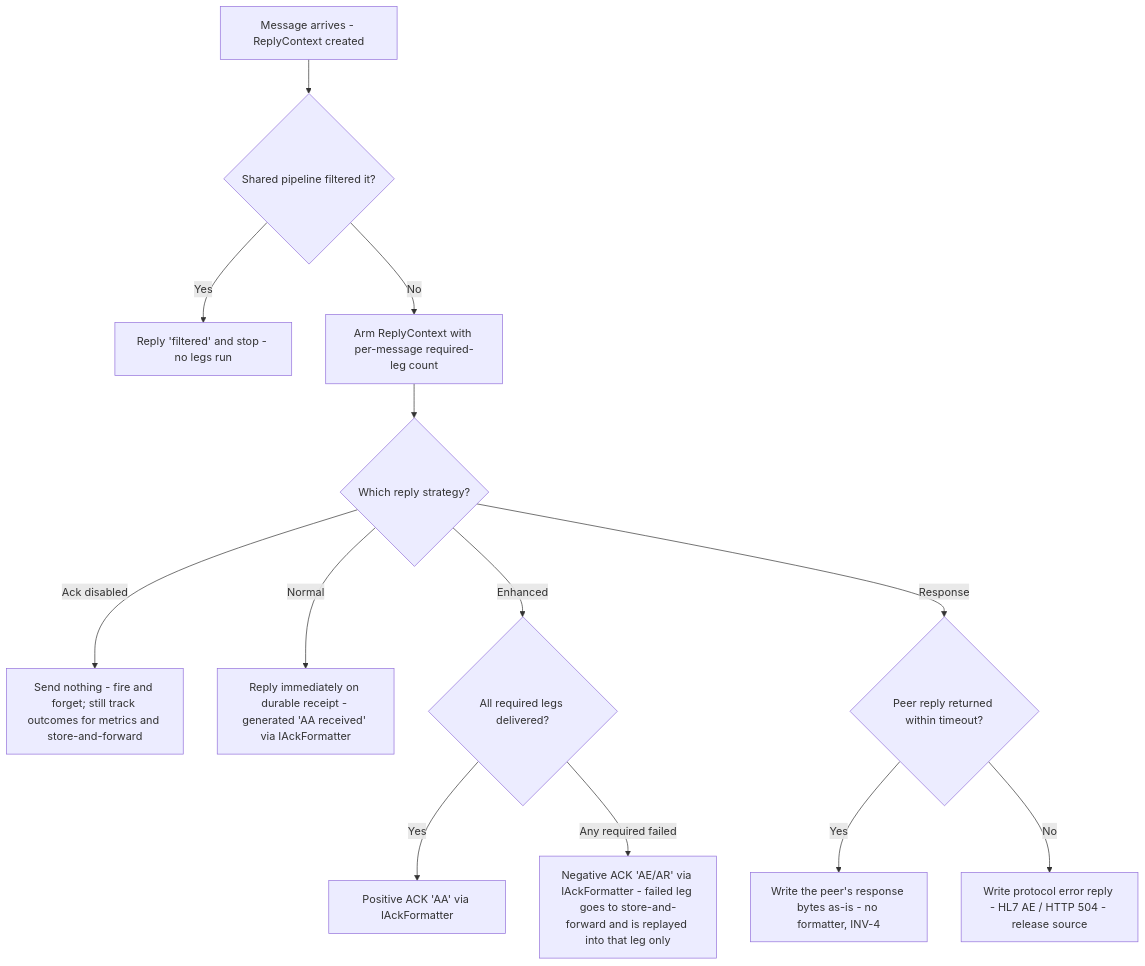
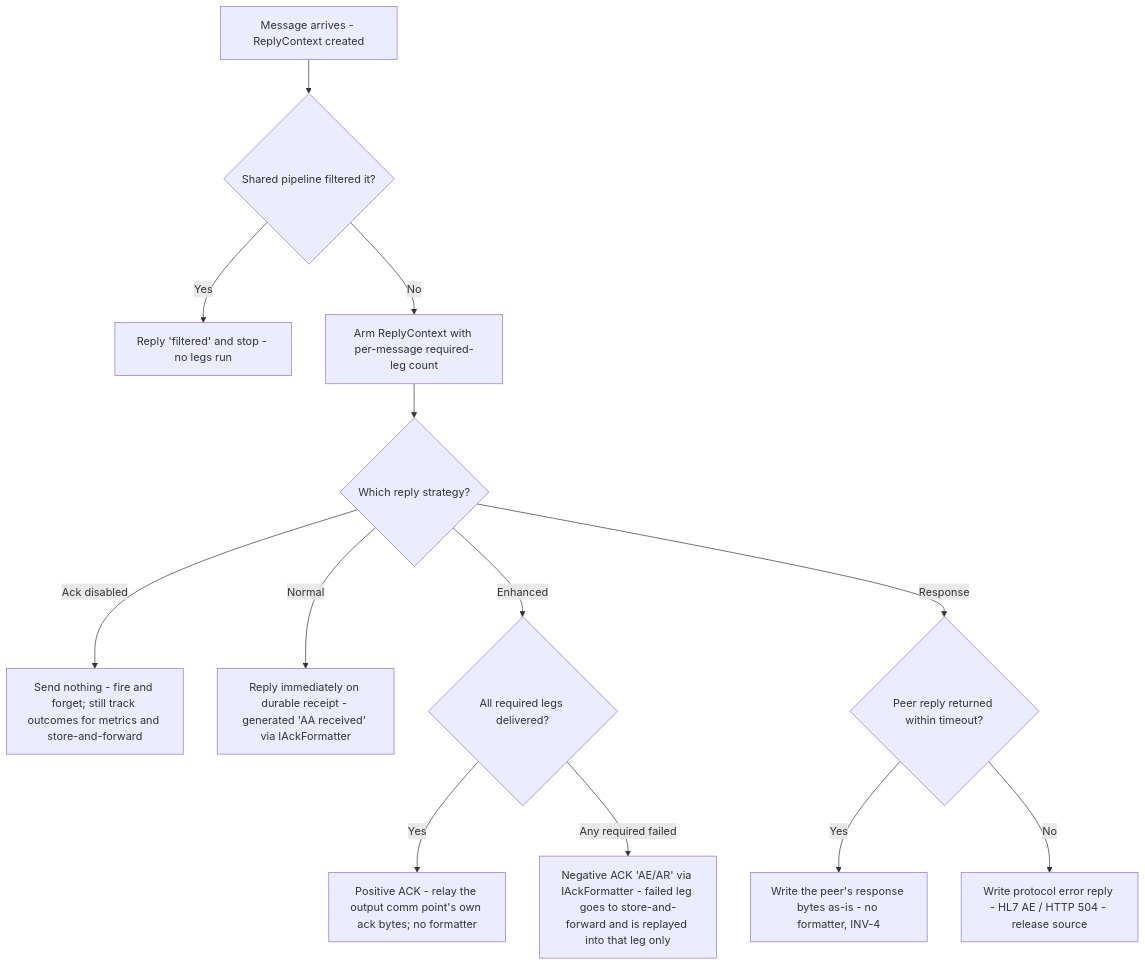
Before and after one commit to vaibhavSrivastava-philips/IBE_IBEAgent: the tenth of 12 diagrams in docs/architecture/Refactor_ArchitectureDoc_v4.md, drawn with Mermaid. The commit also changed other lines of this file and 46 other files, not shown here.

````diff
--- a/docs/architecture/Refactor_ArchitectureDoc_v4.md
+++ b/docs/architecture/Refactor_ArchitectureDoc_v4.md
@@ -487,16 +489,16 @@
 ```mermaid
 flowchart TD
     A[Message arrives - ReplyContext created] --> B{Shared pipeline filtered it?}
     B -->|Yes| F[Reply 'filtered' and stop - no legs run]
     B -->|No| C[Arm ReplyContext with per-message required-leg count]
     C --> D{Which reply strategy?}
 
     D -->|Ack disabled| G[Send nothing - fire and forget; still track outcomes for metrics and store-and-forward]
     D -->|Normal| H[Reply immediately on durable receipt - generated 'AA received' via IAckFormatter]
     D -->|Enhanced| I{All required legs delivered?}
-    I -->|Yes| K[Positive ACK 'AA' via IAckFormatter]
+    I -->|Yes| K[Positive ACK - relay the output comm point's own ack bytes; no formatter]
     I -->|Any required failed| L[Negative ACK 'AE/AR' via IAckFormatter - failed leg goes to store-and-forward and is replayed into that leg only]
     D -->|Response| M{Peer reply returned within timeout?}
     M -->|Yes| O[Write the peer's response bytes as-is - no formatter, INV-4]
     M -->|No| P[Write protocol error reply - HL7 AE / HTTP 504 - release source]
 ```
````
